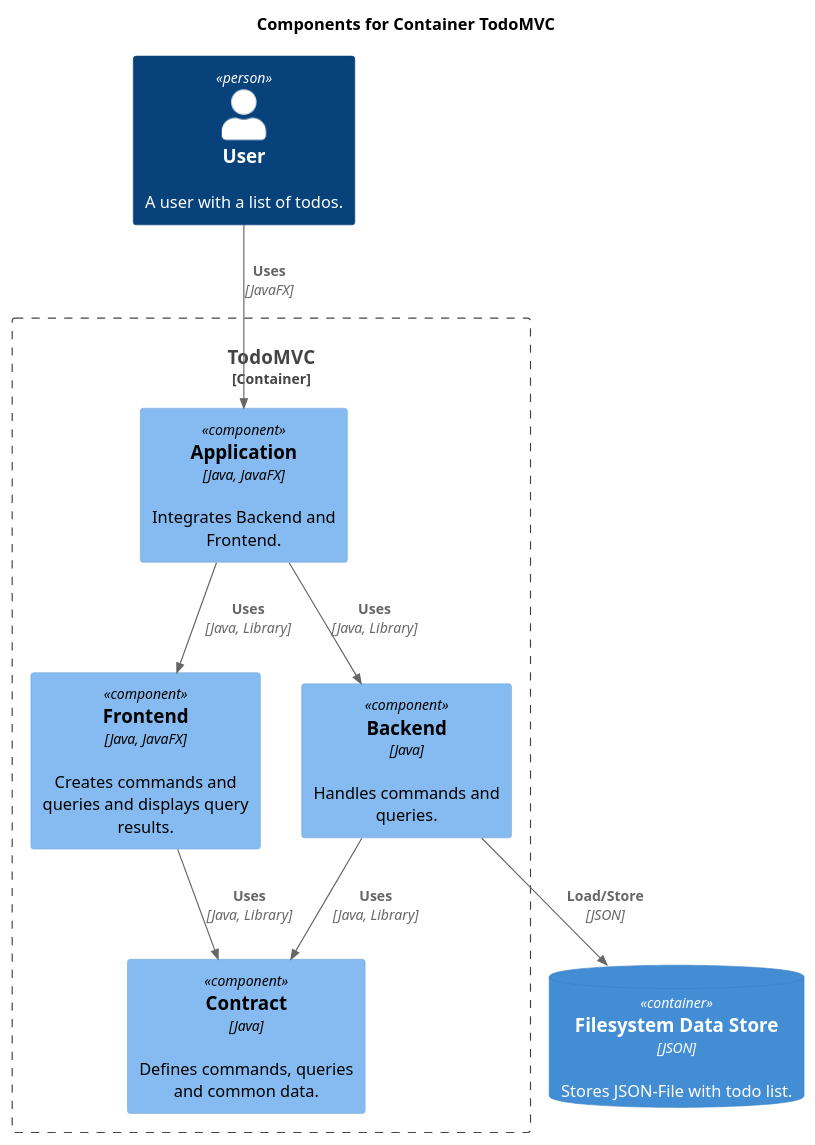
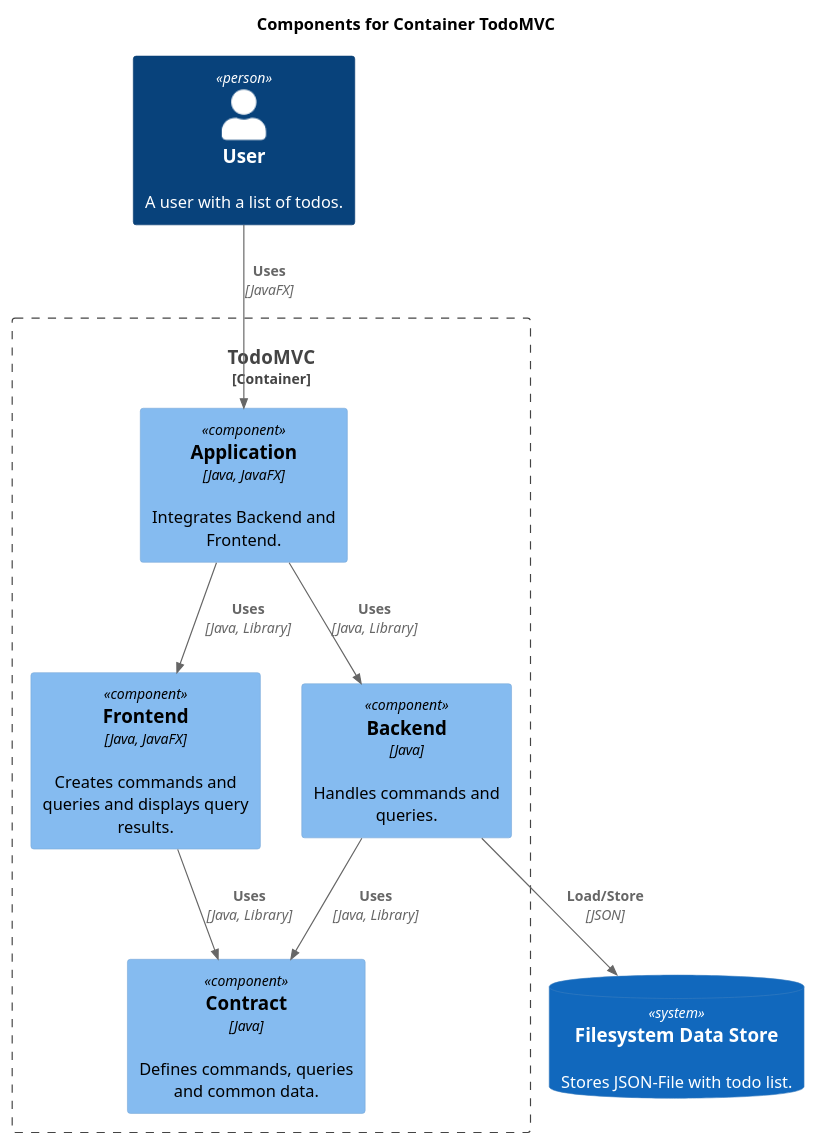
Before and after one commit to falkoschumann/todomvc-java8: the diagram in doc/ComponentTodoMVCView.puml, drawn with PlantUML. The commit also changed 4 other files, not shown here.

```diff
--- a/doc/ComponentTodoMVCView.puml
+++ b/doc/ComponentTodoMVCView.puml
@@ -1,21 +1,22 @@
 @startuml
 !includeurl https://raw.githubusercontent.com/RicardoNiepel/C4-PlantUML/release/1-0/C4_Component.puml
 
 title Components for Container TodoMVC
 
 Person(user, "User", "A user with a list of todos.")
 Container_Boundary(todomvc_app, "TodoMVC") {
   Component(todomvc, "Application", "Java, JavaFX", "Integrates Backend and Frontend.")
   Component(todomvc_frontend, "Frontend", "Java, JavaFX", "Creates commands and queries and displays query results.")
   Component(todomvc_backend, "Backend", "Java", "Handles commands and queries.")
   Component(todomvc_contract, "Contract", "Java", "Defines commands, queries and common data.")
 }
-ContainerDb(filesystem, "Filesystem Data Store", "JSON", "Stores JSON-File with todo list.")
+SystemDb(filesystem, "Filesystem Data Store", "Stores JSON-File with todo list.")
 
 Rel(user, todomvc, "Uses", "JavaFX")
 Rel(todomvc, todomvc_frontend, "Uses", "Java, Library")
 Rel(todomvc, todomvc_backend, "Uses", "Java, Library")
 Rel(todomvc_backend, todomvc_contract, "Uses", "Java, Library")
 Rel(todomvc_frontend, todomvc_contract, "Uses", "Java, Library")
 Rel(todomvc_backend, filesystem, "Load/Store", "JSON")
+
 @enduml
```
